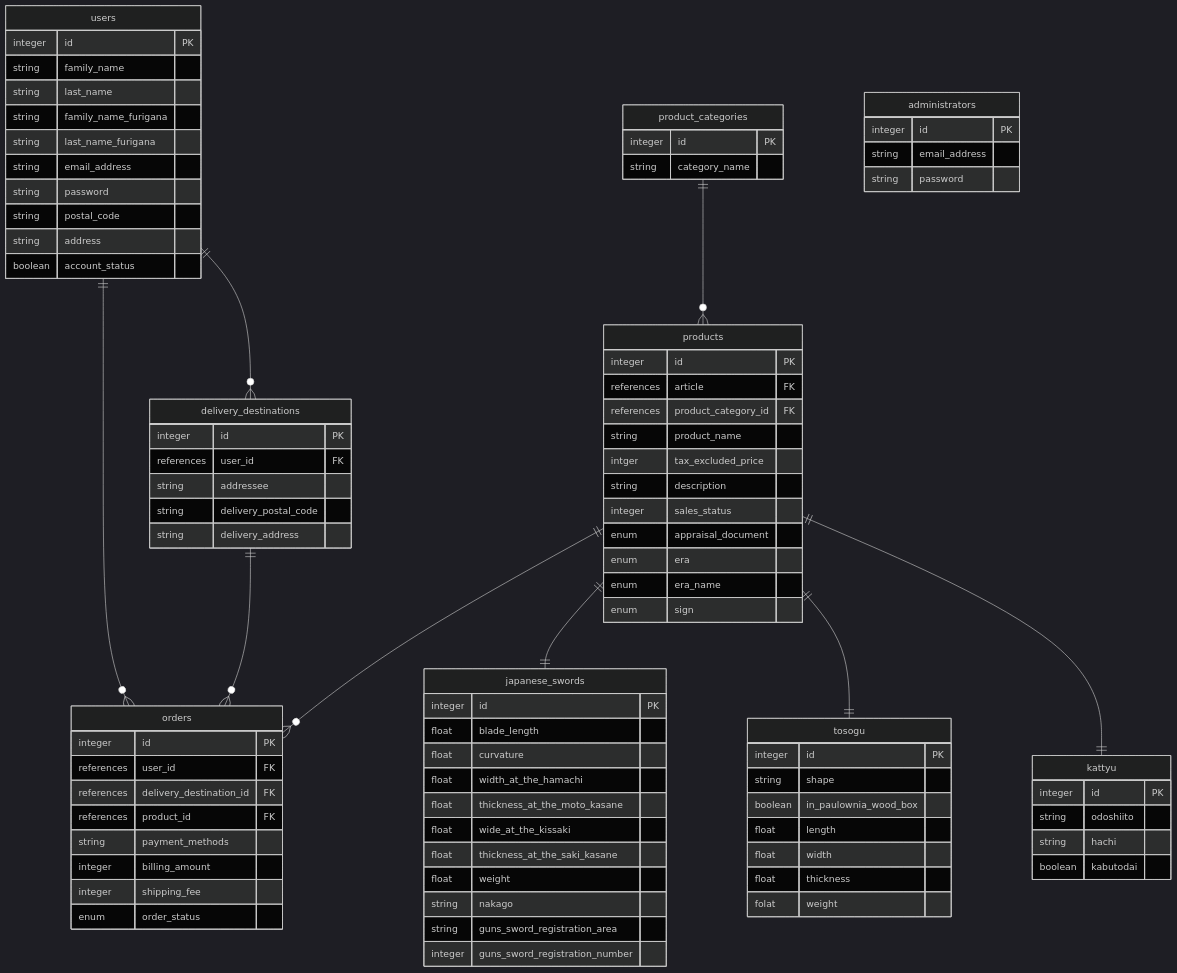
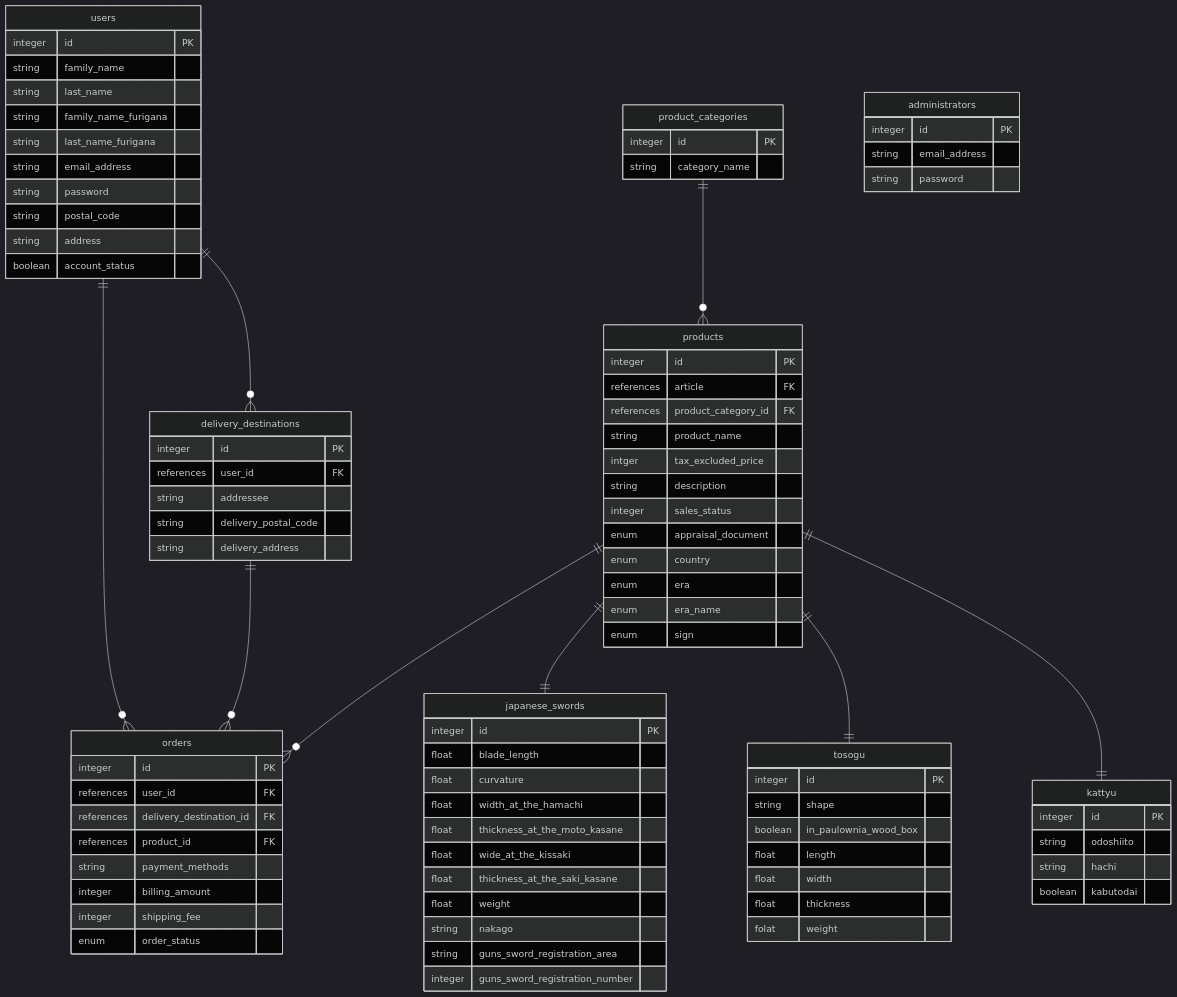
Before and after one commit to daichi-kusawake/touken-ec: the diagram in README.md, drawn with Mermaid (dark theme).

```diff
--- a/README.md
+++ b/README.md
@@ -94,6 +94,7 @@
     string description
     integer sales_status
     enum appraisal_document
+    enum country
     enum era
     enum era_name
     enum sign
```
